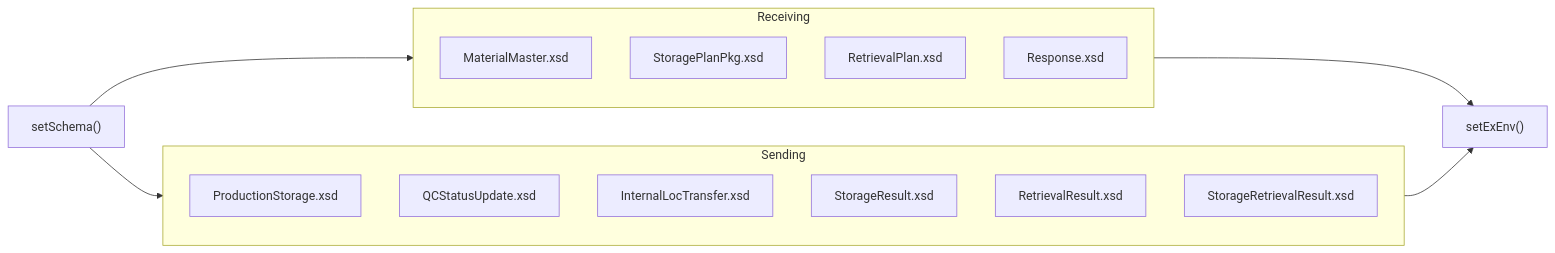
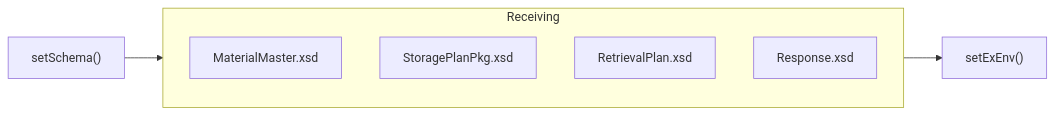
The fifth of 9 diagrams in Basic-Design/Host-Interfaces/Receive-Method.md (luthfiadityaa/SimeDarby-Wiki), drawn with Mermaid before and after one commit. The commit also changed other lines of this file, not shown here.

```diff
--- a/Basic-Design/Host-Interfaces/Receive-Method.md
+++ b/Basic-Design/Host-Interfaces/Receive-Method.md
@@ -272,23 +272,13 @@
 ::: mermaid
 flowchart LR
  E1["setExEnv()"]
  C1["setSchema()"]  
  C1 --> Receiving --> E1
- C1 --> Sending --> E1
 
 subgraph Receiving
  C21["MaterialMaster.xsd"]
  C22["StoragePlanPkg.xsd"] 
  C23["RetrievalPlan.xsd"] 
  C24["Response.xsd"]
 end
-
-subgraph Sending
- C25["ProductionStorage.xsd"]
- C26["QCStatusUpdate.xsd"]
- C27["InternalLocTransfer.xsd"] 
- C28["StorageResult.xsd"]
- C29["RetrievalResult.xsd"] 
- C30["StorageRetrievalResult.xsd"] 
-end 
 :::
```
